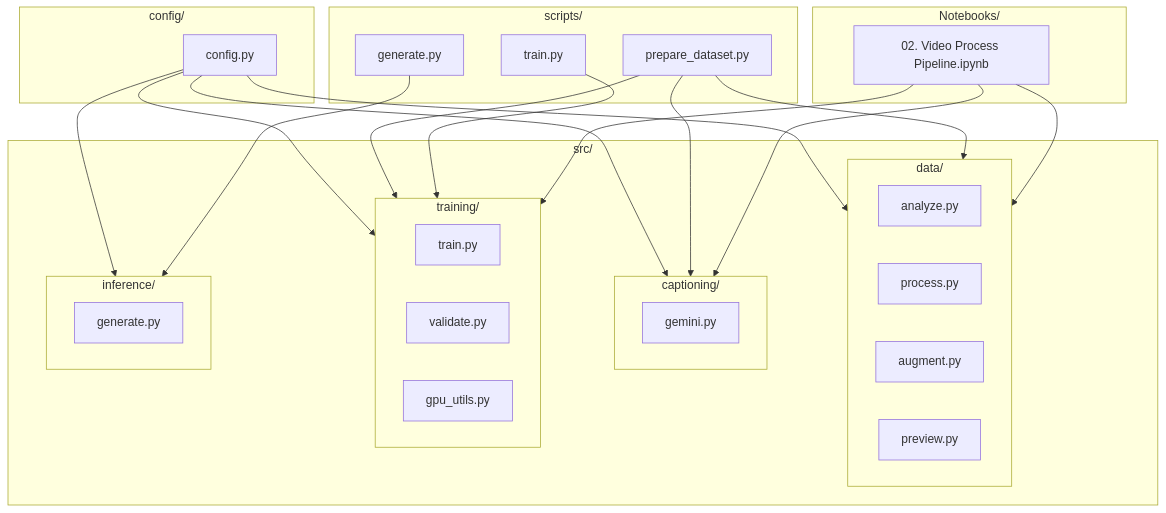
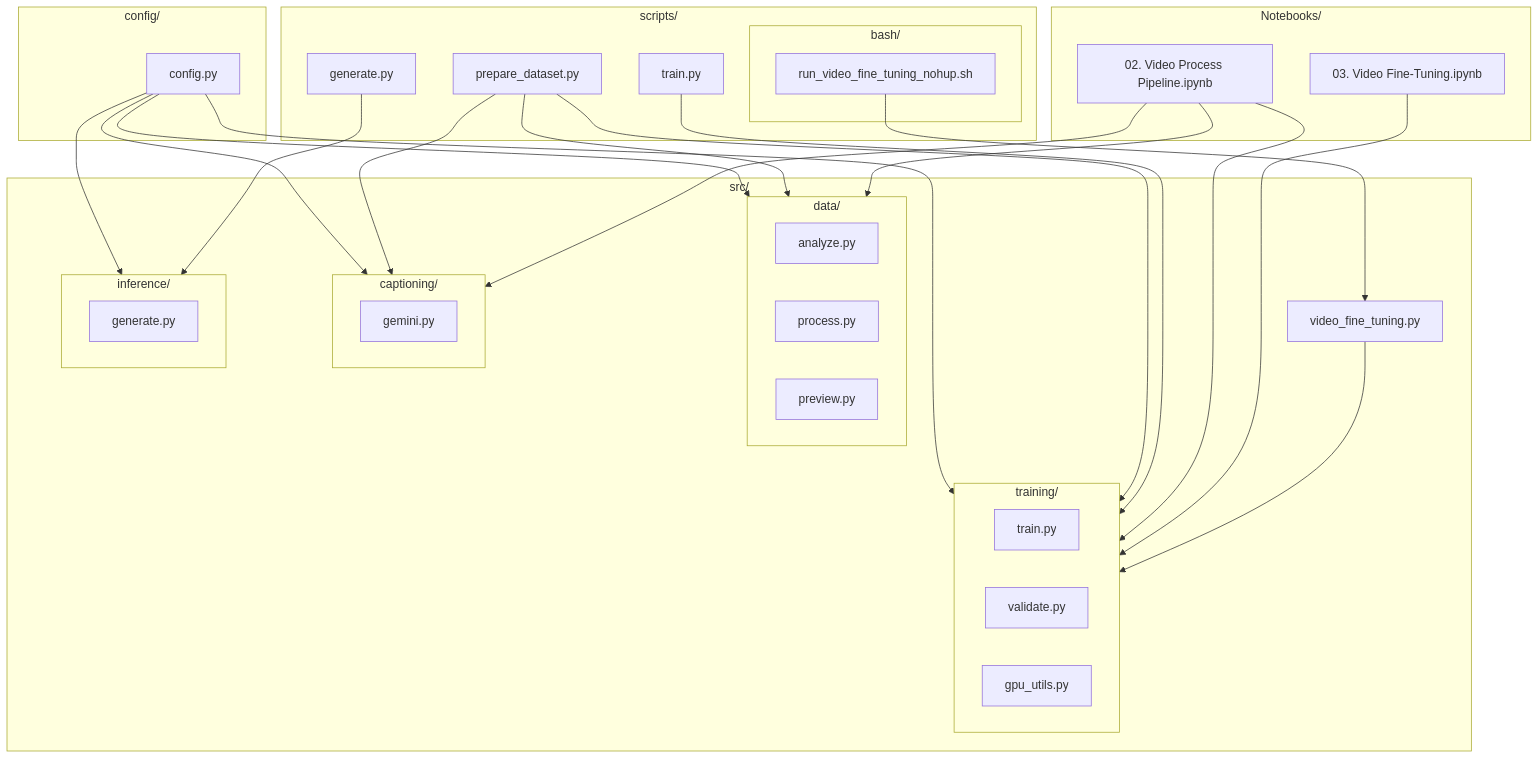
One commit to Francisco-Reveriano/MultiModal_Video_Model changed the second of 2 diagrams in README.md. Above: the diagram before and after it, drawn with Mermaid. The commit also changed other lines of this file and 12 other files, not shown here.

````diff
--- a/README.md
+++ b/README.md
@@ -40,49 +40,56 @@
 ```mermaid
 flowchart TD
     subgraph config_mod [config/]
         CFG[config.py]
     end
 
     subgraph src_mod [src/]
+        VFT[video_fine_tuning.py]
         subgraph data_mod [data/]
             AN[analyze.py]
             PR[process.py]
-            AU[augment.py]
             PV[preview.py]
         end
         subgraph cap_mod [captioning/]
             GE[gemini.py]
         end
         subgraph train_mod [training/]
             TR[train.py]
             VA[validate.py]
             GP[gpu_utils.py]
         end
         subgraph infer_mod [inference/]
             GEN[generate.py]
         end
     end
 
     subgraph scripts_mod [scripts/]
         SPD[prepare_dataset.py]
         STR[train.py]
         SGN[generate.py]
+        subgraph bash_mod [bash/]
+            NOHUP[run_video_fine_tuning_nohup.sh]
+        end
     end
 
     subgraph notebooks_mod [Notebooks/]
-        NB[02. Video Process Pipeline.ipynb]
+        NB2[02. Video Process Pipeline.ipynb]
+        NB3[03. Video Fine-Tuning.ipynb]
     end
 
     CFG --> data_mod
     CFG --> cap_mod
     CFG --> train_mod
     CFG --> infer_mod
     SPD --> data_mod
     SPD --> cap_mod
     SPD --> train_mod
     STR --> train_mod
     SGN --> infer_mod
-    NB --> data_mod
-    NB --> cap_mod
-    NB --> train_mod
+    NB2 --> data_mod
+    NB2 --> cap_mod
+    NB2 --> train_mod
+    NB3 --> train_mod
+    VFT --> train_mod
+    NOHUP --> VFT
 ```
````
